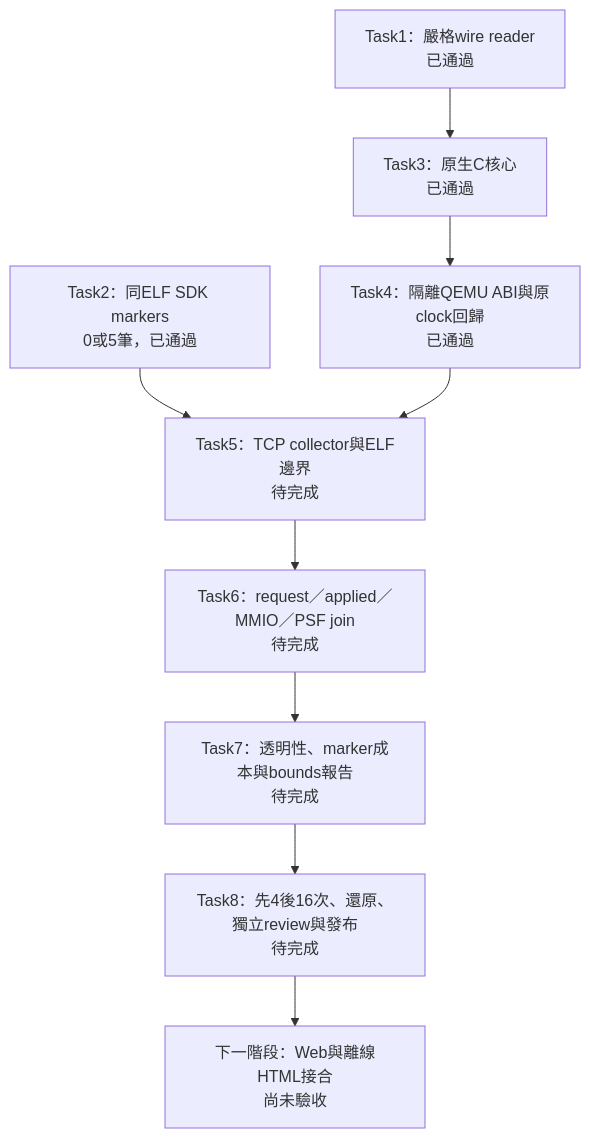
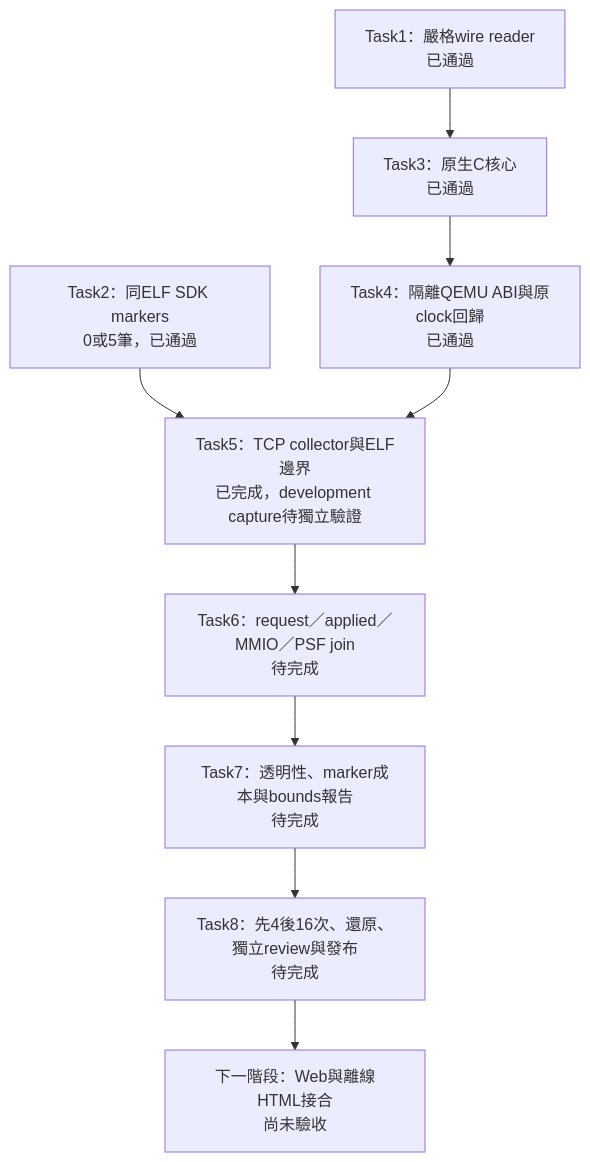
One commit to swchen44/freertos_risvc_observability changed the diagram in docs/clock-anchor-progress.md. Above: the diagram before and after it, drawn with Mermaid. The commit also changed other lines of this file and 20 other files, not shown here.

Commit message:
Record Task5 collector build and unvalidated TCP capture evidence

````diff
--- a/docs/clock-anchor-progress.md
+++ b/docs/clock-anchor-progress.md
@@ -16,11 +17,11 @@
 ```mermaid
 flowchart TD
     W[Task1：嚴格wire reader<br/>已通過] --> C[Task3：原生C核心<br/>已通過]
-    G[Task2：同ELF SDK markers<br/>0或5筆，已通過] --> P[Task5：TCP collector與ELF邊界<br/>待完成]
+    G[Task2：同ELF SDK markers<br/>0或5筆，已通過] --> P[Task5：TCP collector與ELF邊界<br/>已完成，development capture待獨立驗證]
     C --> Q[Task4：隔離QEMU ABI與原clock回歸<br/>已通過]
     Q --> P
     P --> J[Task6：request／applied／MMIO／PSF join<br/>待完成]
     J --> R[Task7：透明性、marker成本與bounds報告<br/>待完成]
     R --> V[Task8：先4後16次、還原、獨立review與發布<br/>待完成]
     V --> UI[下一階段：Web與離線HTML接合<br/>尚未驗收]
 ```
````
